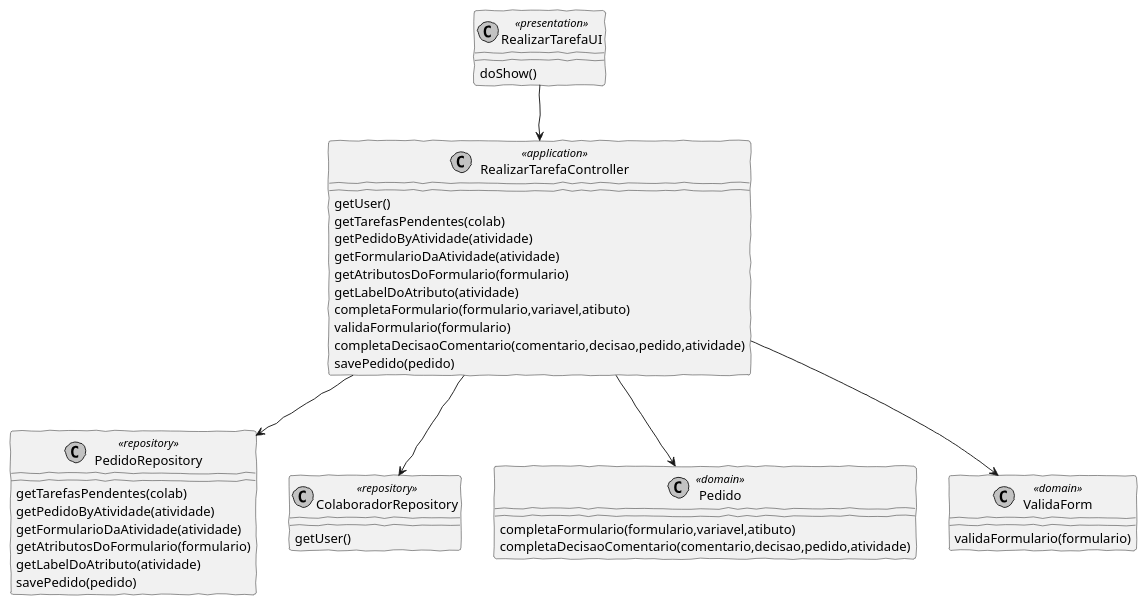
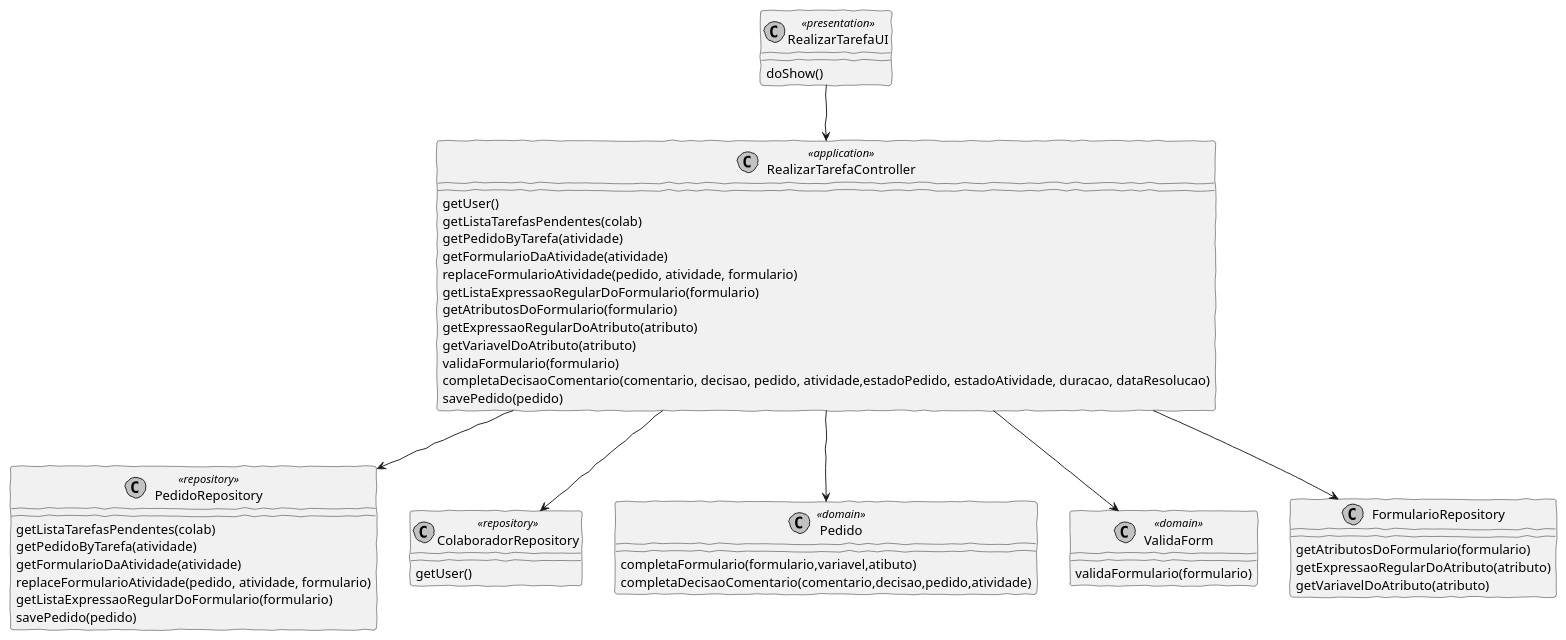
One commit to pedrolemos4/LAPR4 changed the diagram in docs/Sprint D/1190429/US3023/CD3023.puml. Above: the diagram before and after it, drawn with PlantUML. The commit also changed 12 other files, not shown here.

```diff
--- a/docs/Sprint D/1190429/US3023/CD3023.puml
+++ b/docs/Sprint D/1190429/US3023/CD3023.puml
@@ -1,49 +1,56 @@
 @startuml
 'http://plantuml.com/skinparam.html
 skinparam handwritten true
 skinparam monochrome true
 skinparam packageStyle rect
 skinparam defaultFontName FG Virgil
 skinparam shadowing false
 
 class RealizarTarefaUI <<presentation>>
 class RealizarTarefaController <<application>>
 class PedidoRepository <<repository>>
 class ColaboradorRepository <<repository>>
 class Pedido <<domain>>
 class ValidaForm <<domain>>
 
 RealizarTarefaUI --> RealizarTarefaController
 RealizarTarefaUI : doShow()
 
 RealizarTarefaController : getUser()
-RealizarTarefaController : getTarefasPendentes(colab)
-RealizarTarefaController : getPedidoByAtividade(atividade)
+RealizarTarefaController : getListaTarefasPendentes(colab)
+RealizarTarefaController : getPedidoByTarefa(atividade)
 RealizarTarefaController : getFormularioDaAtividade(atividade)
+RealizarTarefaController : replaceFormularioAtividade(pedido, atividade, formulario)
+RealizarTarefaController : getListaExpressaoRegularDoFormulario(formulario)
 RealizarTarefaController : getAtributosDoFormulario(formulario)
-RealizarTarefaController : getLabelDoAtributo(atividade)
-RealizarTarefaController : completaFormulario(formulario,variavel,atibuto)
+RealizarTarefaController : getExpressaoRegularDoAtributo(atributo)
+RealizarTarefaController : getVariavelDoAtributo(atributo)
 RealizarTarefaController : validaFormulario(formulario)
-RealizarTarefaController : completaDecisaoComentario(comentario,decisao,pedido,atividade)
+RealizarTarefaController : completaDecisaoComentario(comentario, decisao, pedido, atividade,estadoPedido, estadoAtividade, duracao, dataResolucao)
 RealizarTarefaController : savePedido(pedido)
 
 Pedido : completaFormulario(formulario,variavel,atibuto)
 Pedido : completaDecisaoComentario(comentario,decisao,pedido,atividade)
 
 ValidaForm : validaFormulario(formulario)
 
 RealizarTarefaController --> PedidoRepository
+RealizarTarefaController --> FormularioRepository
 RealizarTarefaController --> ColaboradorRepository
 RealizarTarefaController --> Pedido
 RealizarTarefaController --> ValidaForm
 
 ColaboradorRepository : getUser()
 
-PedidoRepository : getTarefasPendentes(colab)
-PedidoRepository : getPedidoByAtividade(atividade)
+PedidoRepository : getListaTarefasPendentes(colab)
+PedidoRepository : getPedidoByTarefa(atividade)
 PedidoRepository : getFormularioDaAtividade(atividade)
-PedidoRepository : getAtributosDoFormulario(formulario)
-PedidoRepository : getLabelDoAtributo(atividade)
+PedidoRepository : replaceFormularioAtividade(pedido, atividade, formulario)
+PedidoRepository : getListaExpressaoRegularDoFormulario(formulario)
 PedidoRepository : savePedido(pedido)
 
+FormularioRepository : getAtributosDoFormulario(formulario)
+FormularioRepository : getExpressaoRegularDoAtributo(atributo)
+FormularioRepository : getVariavelDoAtributo(atributo)
+
 @enduml
```
